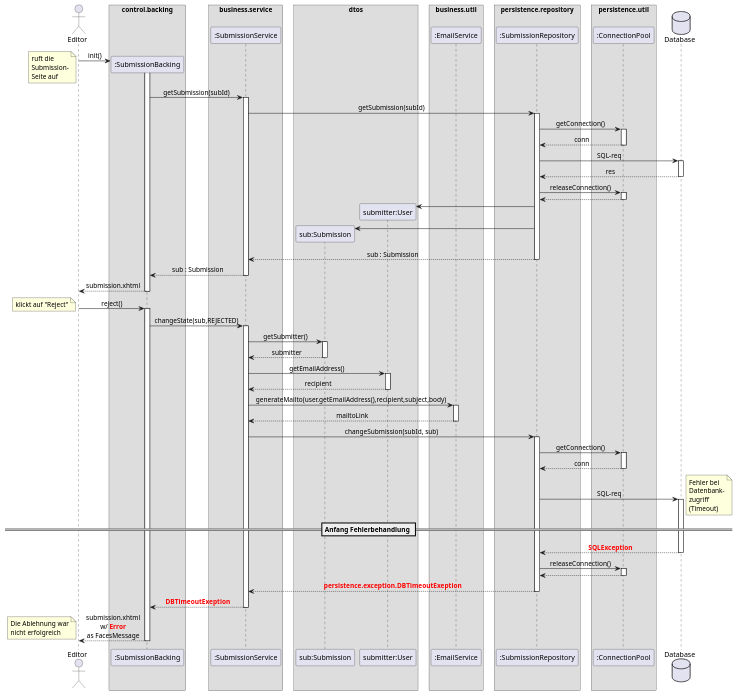
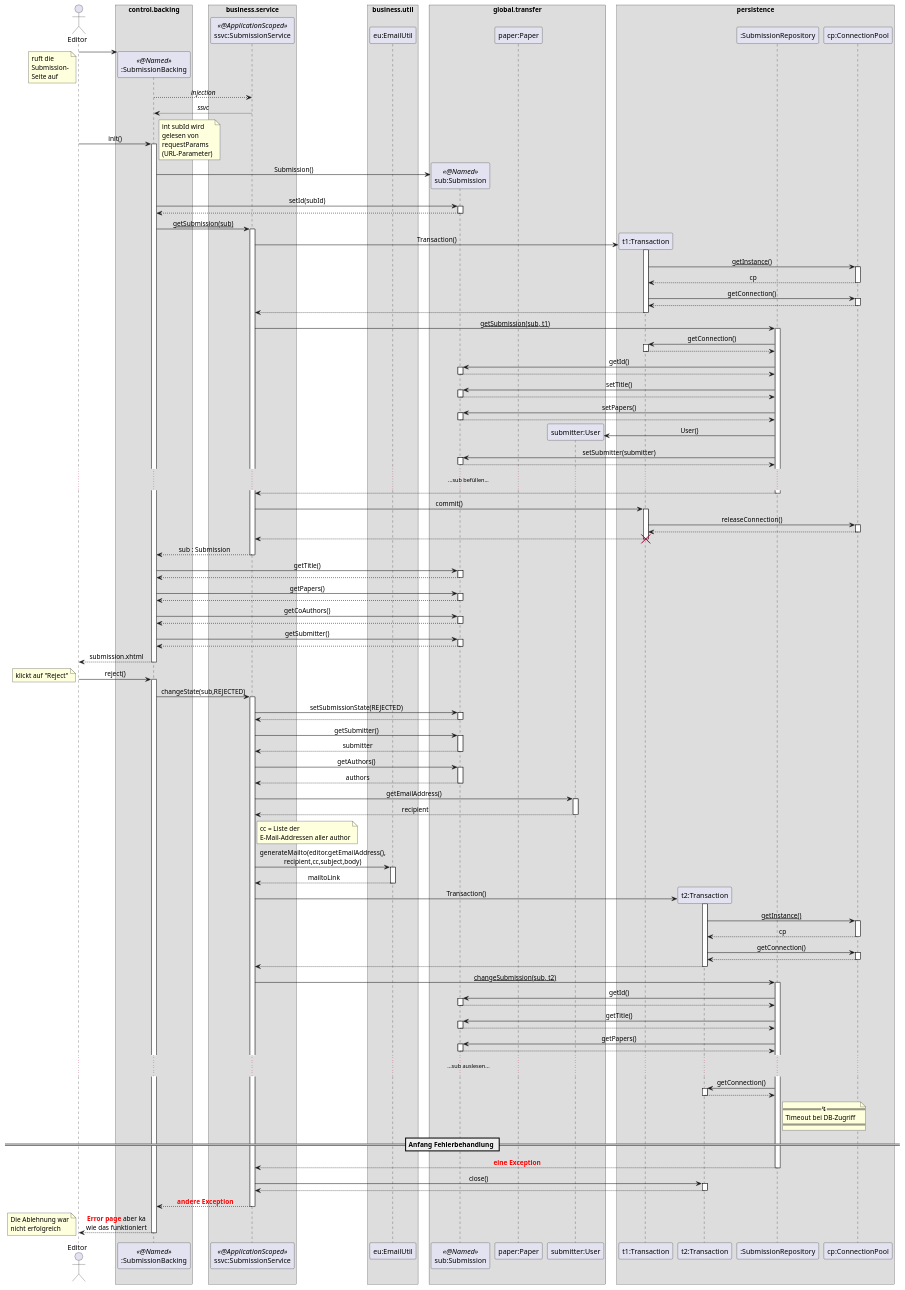
One commit to guersterst/LasEs changed the diagram in docs/Entwurf/puml/reject_submission.puml. Above: the diagram before and after it, drawn with PlantUML. The commit also changed 2 other files, not shown here.

Commit message:
update he second sequence diagram in accordance with quality assurance

```diff
--- a/docs/Entwurf/puml/reject_submission.puml
+++ b/docs/Entwurf/puml/reject_submission.puml
@@ -1,118 +1,183 @@
 @startuml
 'https://plantuml.com/sequence-diagram
 
 '!theme aws-orange
 skinparam sequenceMessageAlign center
 skinparam BoxPadding 10
+'skinparam LifelineStrategy nosolid
 'autonumber
 'autoactivate on
+'hide footbox
 
 actor Editor as editor
+
 box "control.backing"
-    participant ":SubmissionBacking" as subBacking
+    participant ":SubmissionBacking" as sb << @Named >>
 end box
 'box "???"
 '    participant ":ResourceBundle" as rscBundle
 'end box
 box "business.service"
-    participant ":SubmissionService" as subService
+    participant "ssvc:SubmissionService" as ssvc << @ApplicationScoped >>
 end box
-box "dtos"
-    participant "sub:Submission" as sub
+box "business.util"
+    participant "eu:EmailUtil" as eu
+end box
+box "global.transfer"
+    participant "sub:Submission" as sub << @Named >>
+    participant "paper:Paper" as paper
     participant "submitter:User" as submitter
 end box
-box "business.util"
-participant ":EmailService" as emailService
+box persistence
+    participant "t1:Transaction" as t1
+    participant "t2:Transaction" as t2
+    participant ":SubmissionRepository" as sr
+    participant "cp:ConnectionPool" as cp
 end box
-box persistence.repository
-    participant ":SubmissionRepository" as subRepo
-end box
-box persistence.util
-    participant ":ConnectionPool" as connPool
-end box
-database "Database" as db
 
-editor -> subBacking ** : init()
+create sb
+editor -> sb
 note left
     ruft die
     Submission-
     Seite auf
 end note
-activate subBacking
-        subBacking -> subService : getSubmission(subId)
-        activate subService
-            subService -> subRepo : getSubmission(subId)
-            activate subRepo
-                subRepo -> connPool : getConnection()
-                activate connPool
-                return conn
-                subRepo -> db : SQL-req
-                activate db
-                return res
-                subRepo -> connPool : releaseConnection()
-                    activate connPool
-                    return
-                create submitter
-                subRepo -> submitter
-                create sub
-                subRepo -> sub
-            return sub : Submission
-        return sub : Submission
+sb --> ssvc : //injection//
+return //ssvc//
+editor -> sb : init()
+activate sb
+    note right
+        int subId wird
+        gelesen von
+        requestParams
+        (URL-Parameter)
+    end note
+    sb -> sub ** : Submission()
+    sb -> sub : setId(subId)
+    activate sub
+    return
+    sb -> ssvc : __getSubmission(sub)__
+    activate ssvc
+        ssvc -> t1 ** : Transaction()
+        activate t1
+            t1 -> cp : __getInstance()__
+            activate cp
+            return cp
+            t1 -> cp : getConnection()
+            activate cp
+            return
+        return
+        ssvc -> sr : __getSubmission(sub, t1)__
+        activate sr
+            sr -> t1 ++ : getConnection()
+            return
+            sr -> sub : getId()
+            activate sub
+            return
+            sr -> sub : setTitle()
+            activate sub
+            return
+            sr -> sub : setPapers()
+            activate sub
+            return
+            sr -> submitter ** : User()
+            sr -> sub : setSubmitter(submitter)
+            activate sub
+            return
+            ......sub befüllen......
+        return
+        ssvc -> t1 ++ : commit()
+            t1 -> cp ++ : releaseConnection()
+            return
+        return
+        destroy t1
+    return sub : Submission
+    sb -> sub ++ : getTitle()
+    return
+    sb -> sub ++ : getPapers()
+    return
+    sb -> sub ++ : getCoAuthors()
+    return
+    sb -> sub ++ : getSubmitter()
+    return
 return submission.xhtml
 
-editor -> subBacking : reject()
+
+editor -> sb : reject()
 note left
     klickt auf "Reject"
 end note
-activate subBacking
-    subBacking -> subService : changeState(sub,REJECTED)
-    activate subService
-        subService -> sub : getSubmitter()
+activate sb
+    sb -> ssvc : changeState(sub,REJECTED)
+    activate ssvc
+        ssvc -> sub ++ : setSubmissionState(REJECTED)
+        return
+        ssvc -> sub : getSubmitter()
         activate sub
         return submitter
-'        subService -> sub : getAuthors()
-'        activate sub
-'        return addrs
-        subService -> submitter : getEmailAddress()
+        ssvc -> sub : getAuthors()
+        activate sub
+        return authors
+        ssvc -> submitter : getEmailAddress()
         activate submitter
         return recipient
+        note right of ssvc
+            cc = Liste der
+            E-Mail-Addressen aller author
+        end note
 '        subService -> rscBundle : getRejectionEmailSubject()
 '        activate rscBundle
 '        return subject
 '        subService -> rscBundle : getRejectionEmailBody()
 '        activate rscBundle
 '        return body
 
-        subService -> emailService : generateMailto(user.getEmailAddress(),recipient,subject,body)
-        activate emailService
+        ssvc -> eu : generateMailto(editor.getEmailAddress(),\nrecipient,cc,subject,body)
+        activate eu
         return mailtoLink
 
-        subService -> subRepo : changeSubmission(subId, sub)
-        activate subRepo
-            subRepo -> connPool : getConnection()
-            activate connPool
-            return conn
-            subRepo -> db : SQL-req
-            activate db
-            note right
-                Fehler bei
-                Datenbank-
-                zugriff
-                (Timeout)
-            end note
+        ssvc -> t2 ** : Transaction()
+        activate t2
+            t2 -> cp : __getInstance()__
+            activate cp
+            return cp
+            t2 -> cp : getConnection()
+            activate cp
+            return
+        return
+
+        ssvc -> sr : __changeSubmission(sub, t2)__
+        activate sr
+            sr -> sub ++ : getId()
+            return
+            sr -> sub ++ : getTitle()
+            return
+            sr -> sub ++ : getPapers()
+            return
+            ......sub auslesen......
+            sr -> t2 ++ : getConnection()
+            return
+
+        note right of sr
+        == ↯ ==
+        Timeout bei DB-Zugriff
+        ====
+        end note
+
 == Anfang Fehlerbehandlung ==
-            return <font color=red><b>SQLException
-            subRepo -> connPool : releaseConnection()
-            activate connPool
-            return
-        return <font color=red><b>persistence.exception.DBTimeoutExeption
-    return <font color=red><b>DBTimeoutExeption
 
-return submission.xhtml\nw/ <font color=red><b>Error</b></font>\nas FacesMessage
+        return <font color=red><b> eine Exception
+
+        ssvc -> t2 ++ : close()
+        return
+
+    return <font color=red><b> andere Exception
+
+return <font color=red><b>Error page</font> aber ka\nwie das funktioniert
 note left
 Die Ablehnung war
 nicht erfolgreich
 end note
 
 
 @enduml
```
